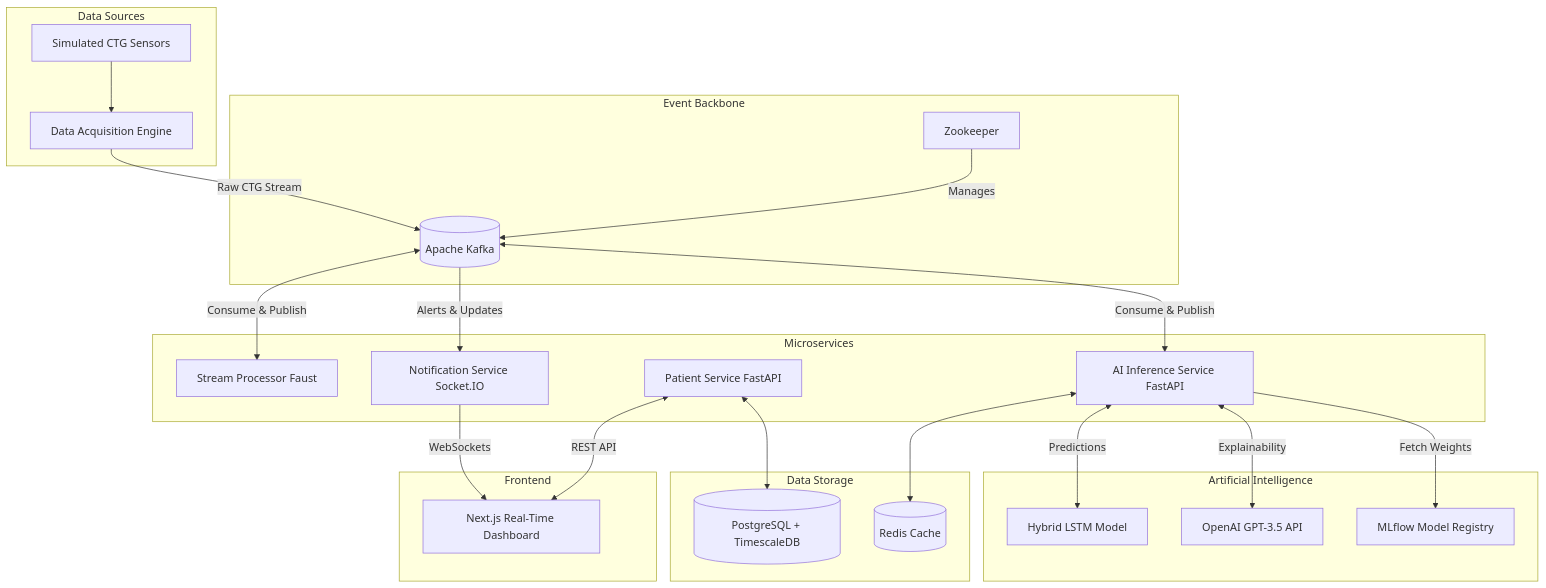
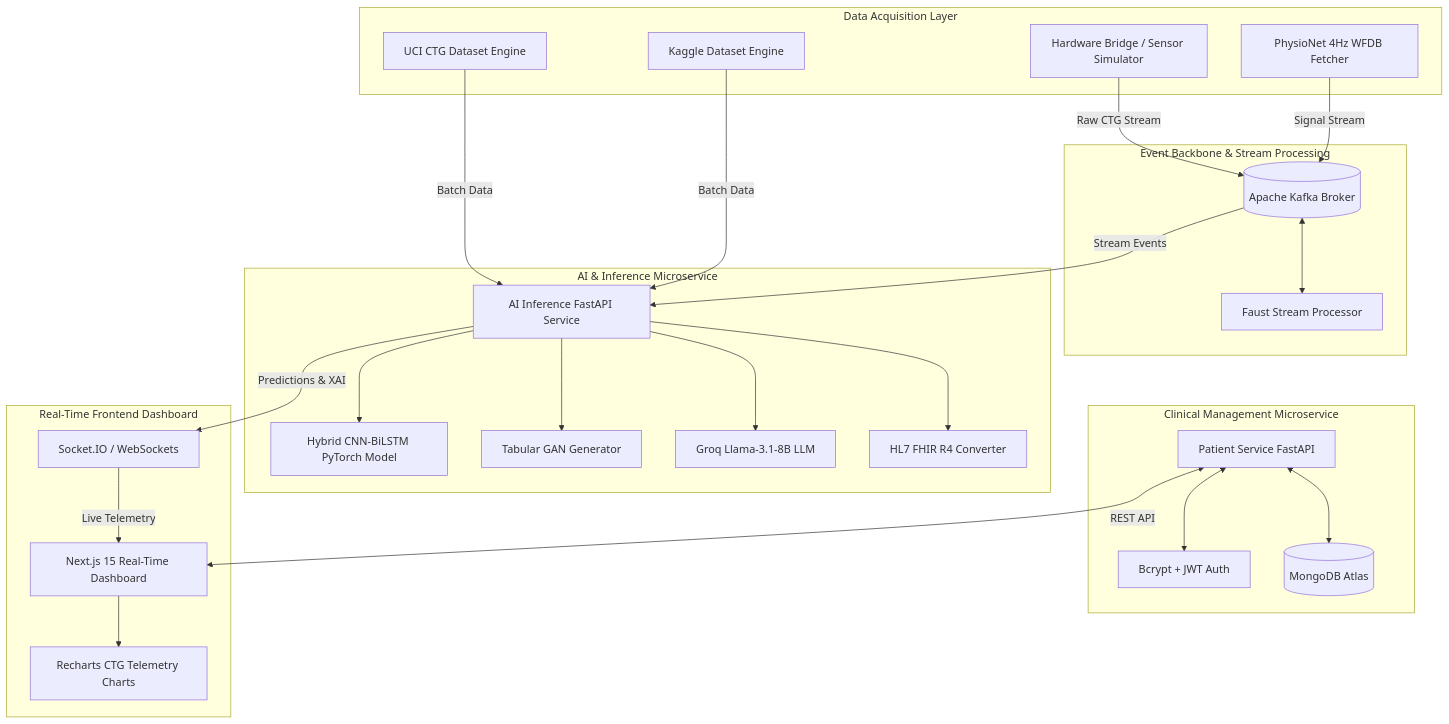
Before and after one commit to sowjanyapalanati/FatalGuard: the diagram in README.md, drawn with Mermaid. The commit also changed other lines of this file, not shown here.

Commit message:
docs: update README.md with detailed system architecture, algorithm math, dataset pipelines, and FHIR API specifications

````diff
--- a/README.md
+++ b/README.md
@@ -30,53 +54,55 @@
 ```mermaid
 graph TD
-    subgraph Data Sources
-        DA[Data Acquisition Engine]
-        Sensors[Simulated CTG Sensors]
+    subgraph Data Acquisition Layer
+        UCI[UCI CTG Dataset Engine]
+        Kaggle[Kaggle Dataset Engine]
+        PhysioNet[PhysioNet 4Hz WFDB Fetcher]
+        HB[Hardware Bridge / Sensor Simulator]
     end
 
-    subgraph Event Backbone
-        K[(Apache Kafka)]
-        ZK[Zookeeper]
+    subgraph Event Backbone & Stream Processing
+        Kafka[(Apache Kafka Broker)]
+        Faust[Faust Stream Processor]
     end
 
-    subgraph Microservices
-        SP[Stream Processor Faust]
-        AI[AI Inference Service FastAPI]
-        PS[Patient Service FastAPI]
-        NS[Notification Service Socket.IO]
+    subgraph AI & Inference Microservice
+        FastAPI_AI[AI Inference FastAPI Service]
+        CNN_LSTM[Hybrid CNN-BiLSTM PyTorch Model]
+        GAN[Tabular GAN Generator]
+        LLM[Groq Llama-3.1-8B LLM]
+        FHIR[HL7 FHIR R4 Converter]
     end
 
-    subgraph Artificial Intelligence
-        LSTM[Hybrid LSTM Model]
-        LLM[OpenAI GPT-3.5 API]
-        MLflow[MLflow Model Registry]
+    subgraph Clinical Management Microservice
+        FastAPI_Patient[Patient Service FastAPI]
+        JWT[Bcrypt + JWT Auth]
+        MongoDB[(MongoDB Atlas)]
     end
 
-    subgraph Data Storage
-        PG[(PostgreSQL + TimescaleDB)]
-        RD[(Redis Cache)]
+    subgraph Real-Time Frontend Dashboard
+        NextJS[Next.js 15 Real-Time Dashboard]
+        Recharts[Recharts CTG Telemetry Charts]
+        WS[Socket.IO / WebSockets]
     end
 
-    subgraph Frontend
-        UI[Next.js Real-Time Dashboard]
-    end
+    HB -->|Raw CTG Stream| Kafka
+    UCI -->|Batch Data| FastAPI_AI
+    Kaggle -->|Batch Data| FastAPI_AI
+    PhysioNet -->|Signal Stream| Kafka
 
-    %% Connections
-    Sensors --> DA
-    DA -->|Raw CTG Stream| K
-    ZK -->|Manages| K
-    
-    K <-->|Consume & Publish| SP
-    K <-->|Consume & Publish| AI
-    K -->|Alerts & Updates| NS
-    
-    AI -->|Fetch Weights| MLflow
-    AI <-->|Predictions| LSTM
-    AI <-->|Explainability| LLM
-    
-    AI <--> RD
-    PS <--> PG
-    
-    NS -->|WebSockets| UI
-    PS <-->|REST API| UI
+    Kafka <--> Faust
+    Kafka -->|Stream Events| FastAPI_AI
+
+    FastAPI_AI --> CNN_LSTM
+    FastAPI_AI --> GAN
+    FastAPI_AI --> LLM
+    FastAPI_AI --> FHIR
+
+    FastAPI_Patient <--> JWT
+    FastAPI_Patient <--> MongoDB
+
+    FastAPI_AI -->|Predictions & XAI| WS
+    FastAPI_Patient <-->|REST API| NextJS
+    WS -->|Live Telemetry| NextJS
+    NextJS --> Recharts
 ```
````
